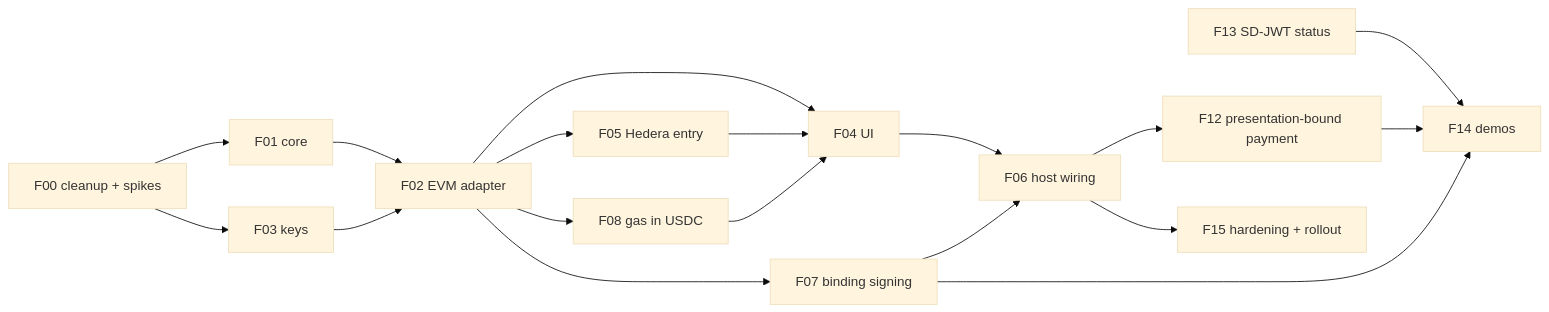
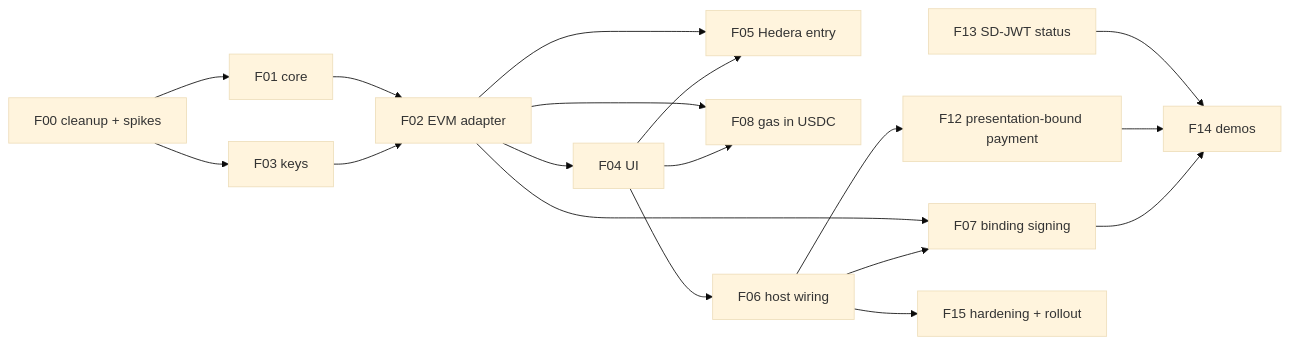
One commit to igor-kirichenko-DSR/heka-identity-platform changed the diagram in heka-wallet/docs/crypto_wallet/README.md. Above: the diagram before and after it, drawn with Mermaid (base theme). The commit also changed other lines of this file and 386 other files, not shown here.

````diff
--- a/heka-wallet/docs/crypto_wallet/README.md
+++ b/heka-wallet/docs/crypto_wallet/README.md
@@ -34,20 +34,20 @@
 ```mermaid
 flowchart LR
     F00[F00 cleanup + spikes] --> F01[F01 core]
     F00 --> F03[F03 keys]
     F01 --> F02[F02 EVM adapter]
     F03 --> F02
     F02 --> F05[F05 Hedera entry]
     F02 --> F08[F08 gas in USDC]
     F02 --> F07[F07 binding signing]
     F02 --> F04[F04 UI]
-    F05 --> F04
-    F08 --> F04
+    F04 --> F05
+    F04 --> F08
     F04 --> F06[F06 host wiring]
-    F07 --> F06
+    F06 --> F07
     F06 --> F12[F12 presentation-bound payment]
     F13[F13 SD-JWT status] --> F14[F14 demos]
     F12 --> F14
     F07 --> F14
     F06 --> F15[F15 hardening + rollout]
 ```
````
